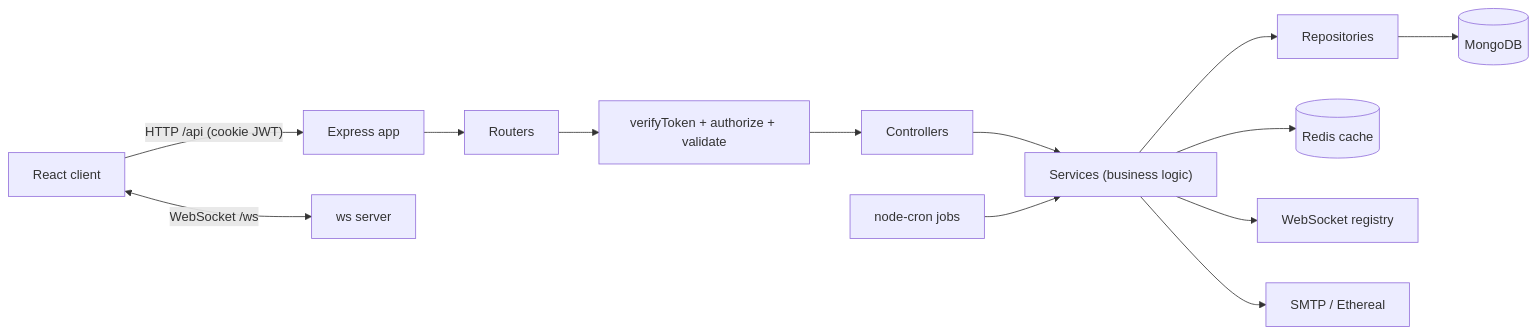
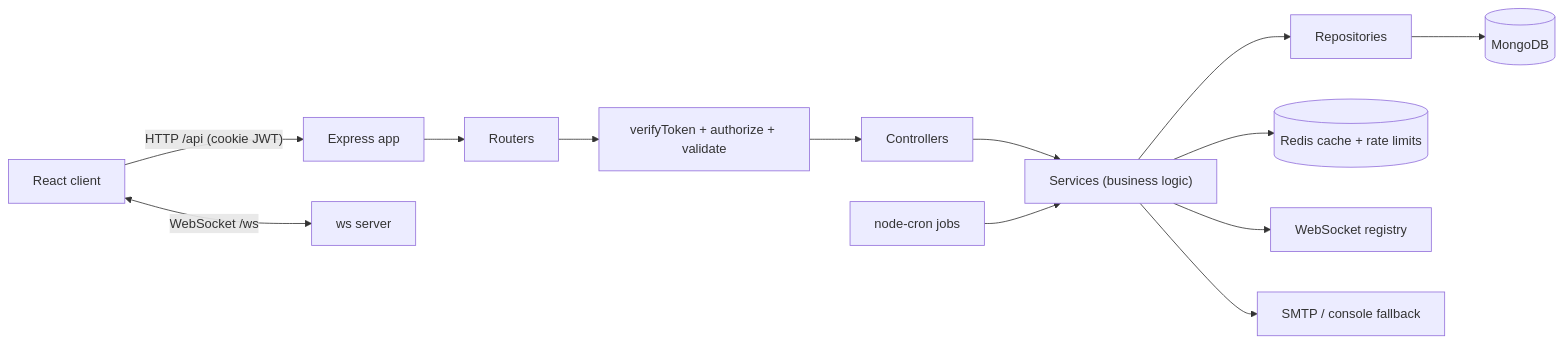
Before and after one commit to aabhushanCD/spims: the diagram in server/docs/README.md, drawn with Mermaid. The commit also changed other lines of this file and 95 other files, not shown here.

````diff
--- a/server/docs/README.md
+++ b/server/docs/README.md
@@ -41,15 +41,15 @@
 ```mermaid
 flowchart LR
   Client["React client"] -->|"HTTP /api (cookie JWT)"| Express["Express app"]
   Client <-->|"WebSocket /ws"| WS["ws server"]
   Express --> Routes["Routers"]
   Routes --> Middleware["verifyToken + authorize + validate"]
   Middleware --> Controllers["Controllers"]
   Controllers --> Services["Services (business logic)"]
   Services --> Repos["Repositories"]
   Repos --> Mongo[("MongoDB")]
-  Services --> Redis[("Redis cache")]
+  Services --> Redis[("Redis cache + rate limits")]
   Services --> SocketProvider["WebSocket registry"]
-  Services --> Mail["SMTP / Ethereal"]
+  Services --> Mail["SMTP / console fallback"]
   Cron["node-cron jobs"] --> Services
 ```
````
